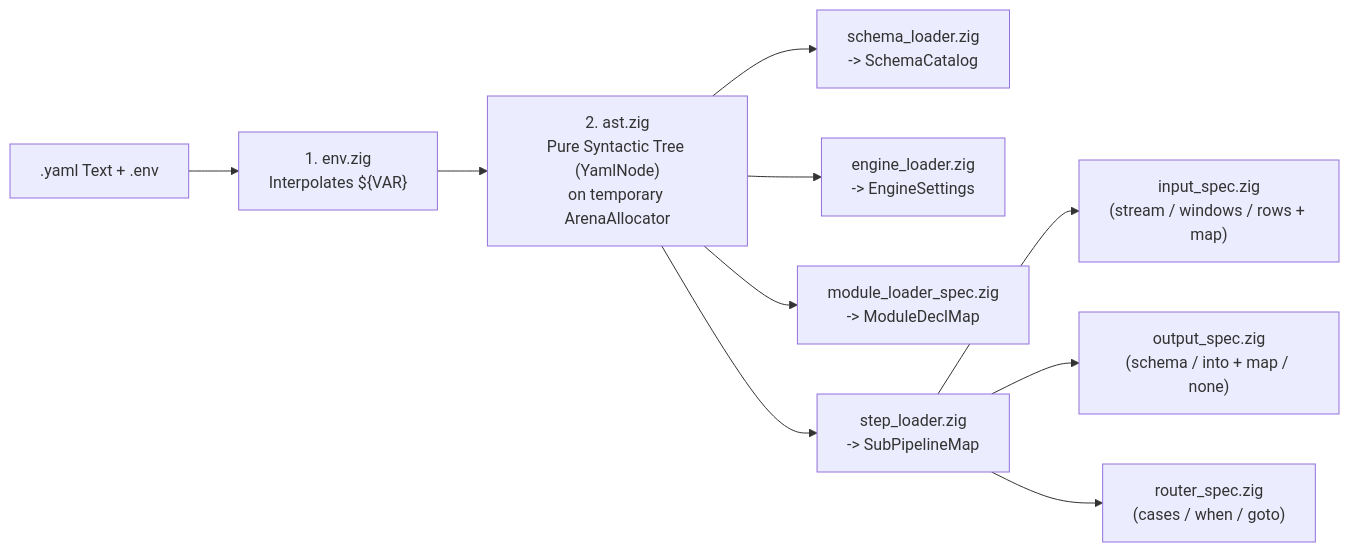
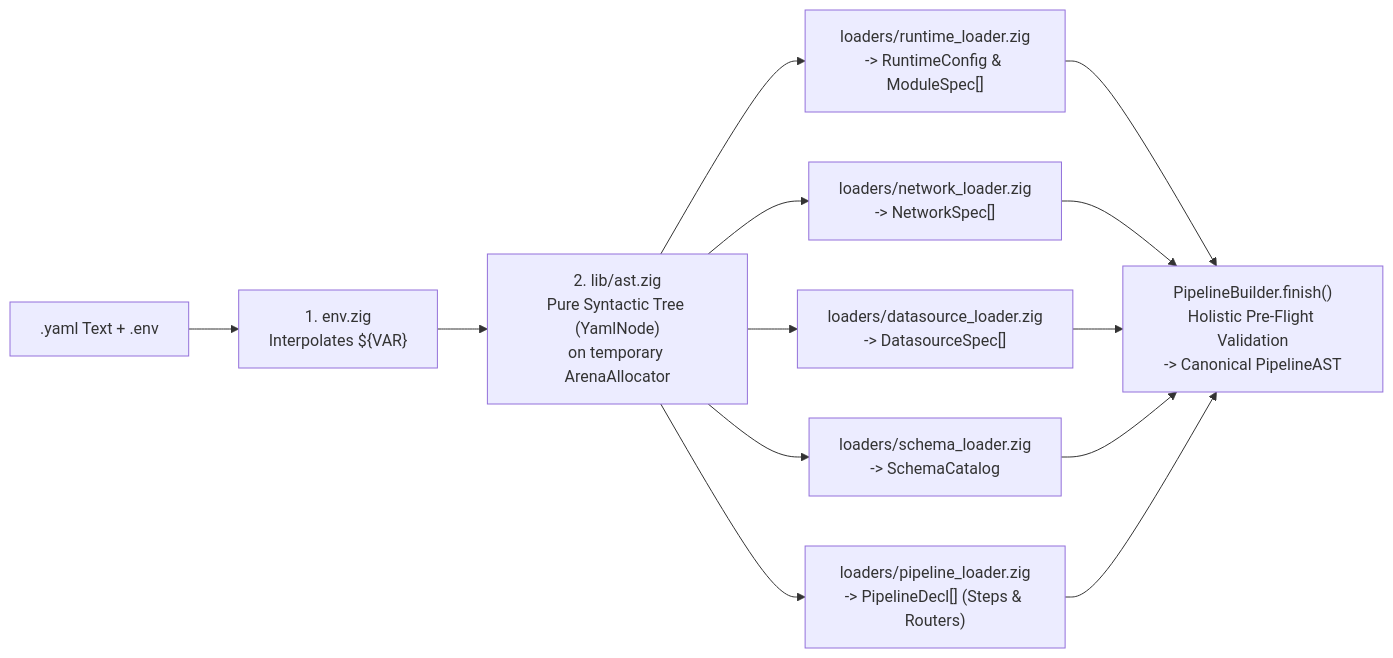
One commit to g-gar/vidsec changed the diagram in docs/v2/yaml_reference.md. Above: the diagram before and after it, drawn with Mermaid. The commit also changed other lines of this file and 8 other files, not shown here.

````diff
--- a/docs/v2/yaml_reference.md
+++ b/docs/v2/yaml_reference.md
@@ -231,14 +321,13 @@
 ```mermaid
 flowchart LR
     RawYAML[".yaml Text + .env"] --> Env["1. env.zig\nInterpolates ${VAR}"]
-    Env --> AST["2. ast.zig\nPure Syntactic Tree (YamlNode)\non temporary ArenaAllocator"]
+    Env --> AST["2. lib/ast.zig\nPure Syntactic Tree (YamlNode)\non temporary ArenaAllocator"]
 
-    AST --> L1["schema_loader.zig\n-> SchemaCatalog"]
-    AST --> L2["engine_loader.zig\n-> EngineSettings"]
-    AST --> L3["module_loader_spec.zig\n-> ModuleDeclMap"]
-    AST --> L4["step_loader.zig\n-> SubPipelineMap"]
+    AST --> L1["loaders/runtime_loader.zig\n-> RuntimeConfig & ModuleSpec[]"]
+    AST --> L2["loaders/network_loader.zig\n-> NetworkSpec[]"]
+    AST --> L3["loaders/datasource_loader.zig\n-> DatasourceSpec[]"]
+    AST --> L4["loaders/schema_loader.zig\n-> SchemaCatalog"]
+    AST --> L5["loaders/pipeline_loader.zig\n-> PipelineDecl[] (Steps & Routers)"]
 
-    L4 --> L4A["input_spec.zig\n(stream / windows / rows + map)"]
-    L4 --> L4B["output_spec.zig\n(schema / into + map / none)"]
-    L4 --> L4C["router_spec.zig\n(cases / when / goto)"]
+    L1 & L2 & L3 & L4 & L5 --> Builder["PipelineBuilder.finish()\nHolistic Pre-Flight Validation\n-> Canonical PipelineAST"]
 ```
````
